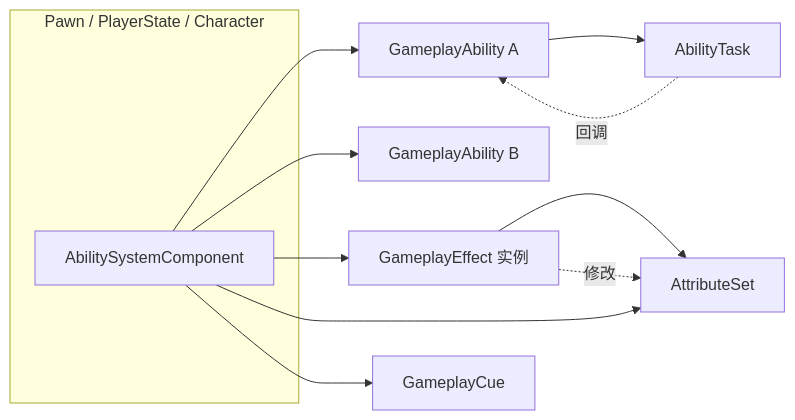
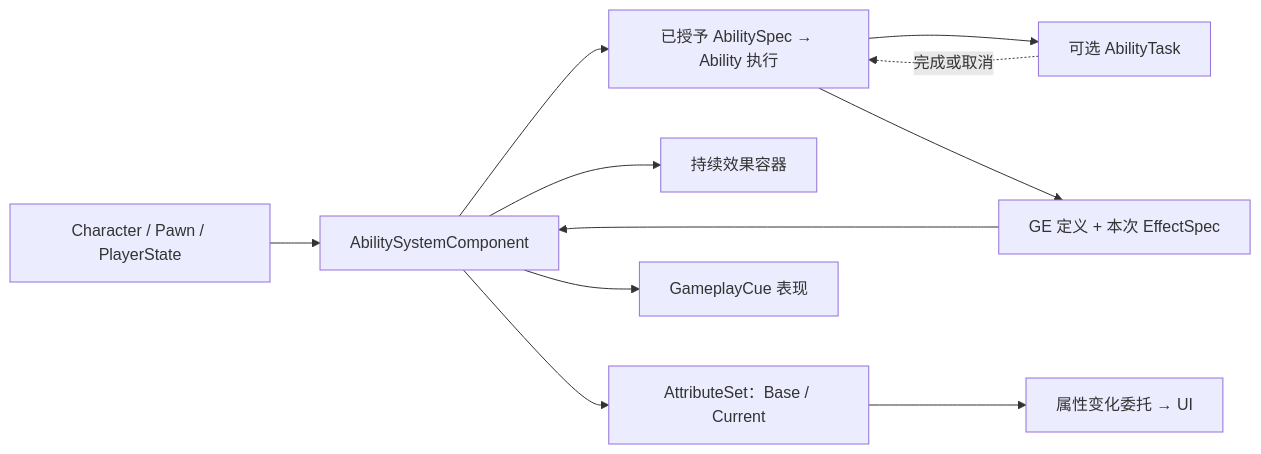
One commit to fantuan812/learning changed the first of 3 diagrams in 知识/05-Gameplay与交互系统/技能战斗与属性结算/01-GameplayAbilitySystem能力系统.md. Above: the diagram before and after it, drawn with Mermaid. The commit also changed other lines of this file and 2 other files, not shown here.

````diff
--- a/知识/05-Gameplay与交互系统/技能战斗与属性结算/01-GameplayAbilitySystem能力系统.md
+++ b/知识/05-Gameplay与交互系统/技能战斗与属性结算/01-GameplayAbilitySystem能力系统.md
@@ -53,23 +58,13 @@
 ```mermaid
 flowchart LR
-    subgraph Owner["Pawn / PlayerState / Character"]
-        ASC["AbilitySystemComponent"]
-    end
-
-    GA1["GameplayAbility A"]
-    GA2["GameplayAbility B"]
-    GE1["GameplayEffect 实例"]
-    AS["AttributeSet"]
-    AT["AbilityTask"]
-    CUE["GameplayCue"]
-
-    ASC --> GA1
-    ASC --> GA2
-    GA1 --> AT
-    ASC --> GE1
-    GE1 --> AS
-    ASC --> AS
-    ASC --> CUE
-    GE1 -. 修改 .-> AS
-    AT -. 回调 .-> GA1
+    Owner["Character / Pawn / PlayerState"] --> ASC["AbilitySystemComponent"]
+    ASC --> GA["已授予 AbilitySpec → Ability 执行"]
+    GA --> AT["可选 AbilityTask"]
+    AT -. 完成或取消 .-> GA
+    GA --> Spec["GE 定义 + 本次 EffectSpec"]
+    ASC --> Active["持续效果容器"]
+    Spec --> ASC
+    ASC --> AS["AttributeSet：Base / Current"]
+    AS --> UI["属性变化委托 → UI"]
+    ASC --> Cue["GameplayCue 表现"]
 ```
````
